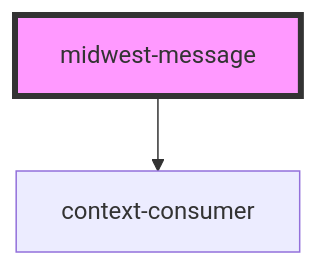
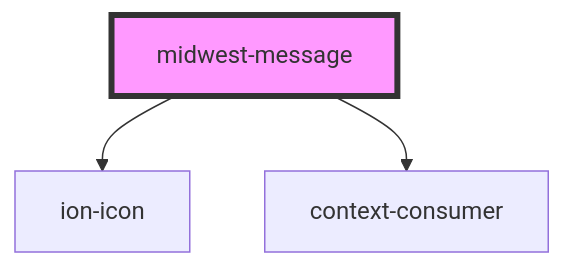
The diagram in packages/core/docs/components/common/message/readme.md (splitinfinities/Midwest), drawn with Mermaid before and after one commit. The commit also changed other lines of this file and 388 other files, not shown here.

````diff
--- a/packages/core/docs/components/common/message/readme.md
+++ b/packages/core/docs/components/common/message/readme.md
@@ -33,5 +34,6 @@
 ```mermaid
 graph TD;
+  midwest-message --> ion-icon
   midwest-message --> context-consumer
   style midwest-message fill:#f9f,stroke:#333,stroke-width:4px
 ```
````
